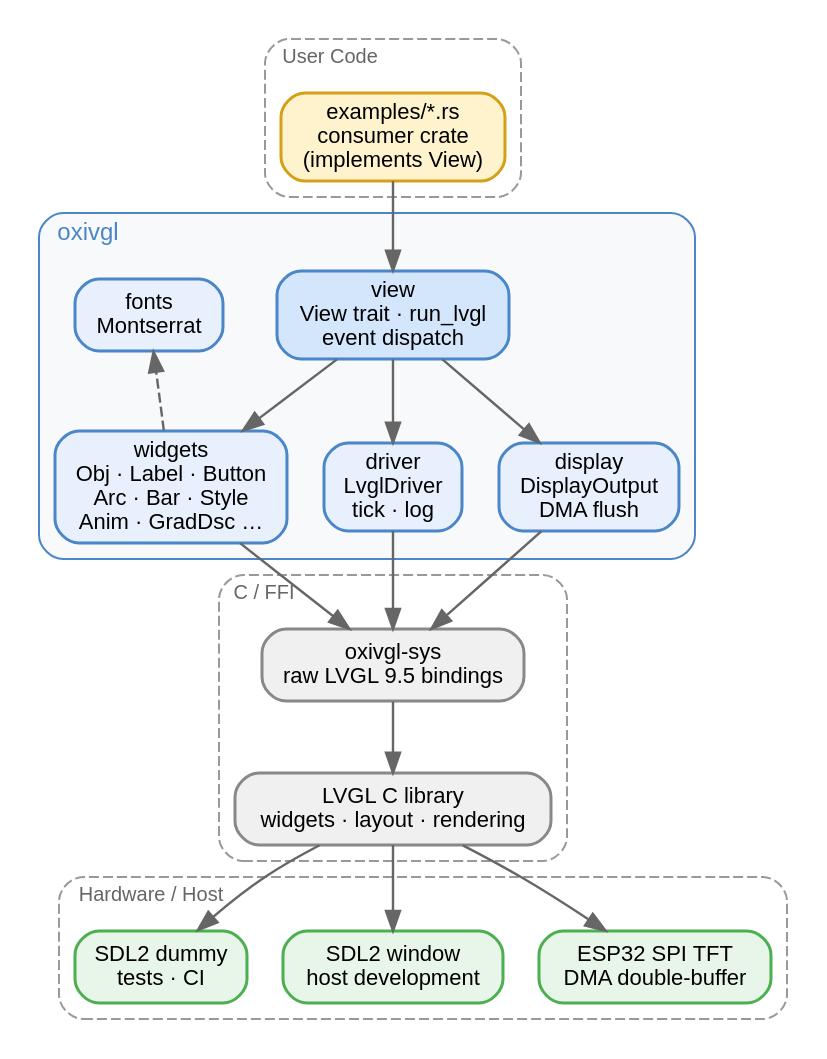
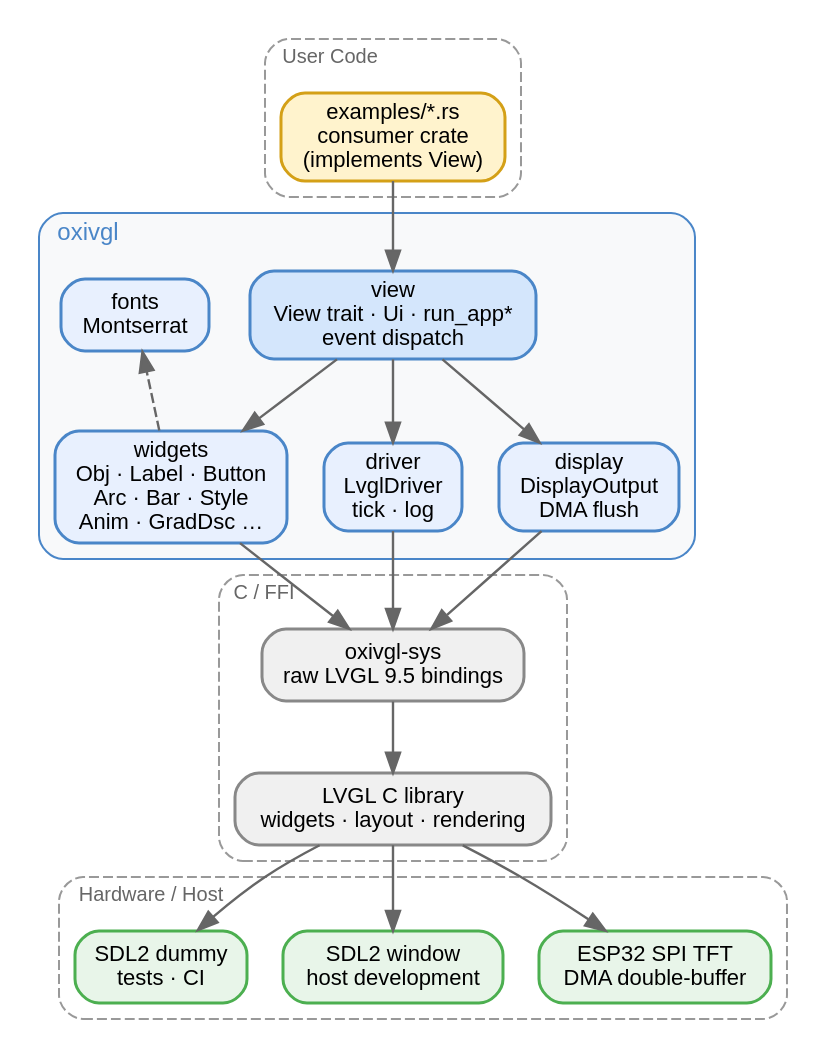
One commit to emobotics-dev/oxivgl changed the diagram in docs/architecture.dot. Above: the diagram before and after it, drawn with Graphviz. The commit also changed 12 other files, not shown here.

```diff
--- a/docs/architecture.dot
+++ b/docs/architecture.dot
@@ -1,83 +1,83 @@
 // oxivgl architecture — generate SVG with: dot -Tsvg architecture.dot -o architecture.svg
 digraph architecture {
     rankdir=TB
     fontname="sans-serif"
     node [fontname="sans-serif" fontsize=11 shape=box style="rounded,filled"
           penwidth=1.5]
     edge [color="#666666" penwidth=1.2]
 
     // ── User code ────────────────────────────────────────────────
     subgraph cluster_user {
         label="User Code" labeljust=l fontsize=10 fontcolor="#666666"
         style="dashed,rounded" color="#999999"
 
         app [label="examples/*.rs\nconsumer crate\n(implements View)"
              fillcolor="#fff3cd" color="#d4a017"]
     }
 
     // ── oxivgl crate ─────────────────────────────────────────────
     subgraph cluster_oxivgl {
         label="oxivgl" labeljust=l fontsize=12 fontcolor="#4a86c8"
         style="rounded,filled" fillcolor="#f8f9fa" color="#4a86c8"
 
-        view [label="view\nView trait · run_lvgl\nevent dispatch"
+        view [label="view\nView trait · Ui · run_app*\nevent dispatch"
               fillcolor="#d4e6fc" color="#4a86c8"]
 
         driver [label="driver\nLvglDriver\ntick · log"
                 fillcolor="#e8f0fe" color="#4a86c8"]
 
         display [label="display\nDisplayOutput\nDMA flush"
                  fillcolor="#e8f0fe" color="#4a86c8"]
 
         widgets [label="widgets\nObj · Label · Button\nArc · Bar · Style\nAnim · GradDsc …"
                  fillcolor="#e8f0fe" color="#4a86c8"]
 
         fonts [label="fonts\nMontserrat"
                fillcolor="#e8f0fe" color="#4a86c8"]
     }
 
     // ── C / FFI ──────────────────────────────────────────────────
     subgraph cluster_ffi {
         label="C / FFI" labeljust=l fontsize=10 fontcolor="#666666"
         style="dashed,rounded" color="#999999"
 
         sys [label="oxivgl-sys\nraw LVGL 9.5 bindings"
              fillcolor="#f0f0f0" color="#888888"]
 
         lvgl_c [label="LVGL C library\nwidgets · layout · rendering"
                 fillcolor="#f0f0f0" color="#888888"]
     }
 
     // ── Hardware / Host ──────────────────────────────────────────
     subgraph cluster_hw {
         label="Hardware / Host" labeljust=l fontsize=10 fontcolor="#666666"
         style="dashed,rounded" color="#999999"
 
         esp [label="ESP32 SPI TFT\nDMA double-buffer"
              fillcolor="#e8f5e9" color="#4caf50"]
         sdl [label="SDL2 window\nhost development"
              fillcolor="#e8f5e9" color="#4caf50"]
         dummy [label="SDL2 dummy\ntests · CI"
                fillcolor="#e8f5e9" color="#4caf50"]
     }
 
     // ── Edges ────────────────────────────────────────────────────
     app -> view
 
     view -> driver
     view -> display
     view -> widgets
 
     // fonts floats — dashed dep from widgets, no rank constraint
     widgets -> fonts [style=dashed constraint=false]
 
     driver  -> sys
     display -> sys
     widgets -> sys
 
     sys -> lvgl_c
 
     lvgl_c -> esp
     lvgl_c -> sdl
     lvgl_c -> dummy
 }
```
